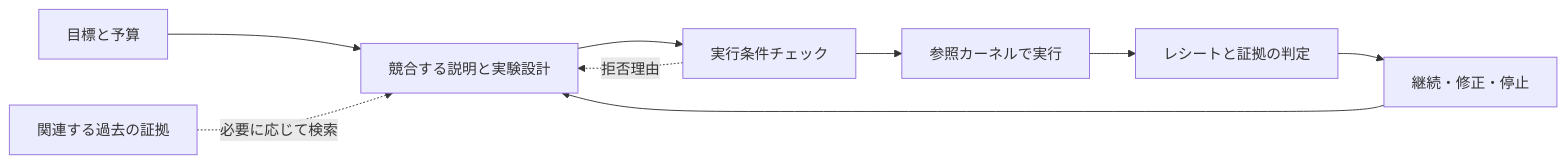
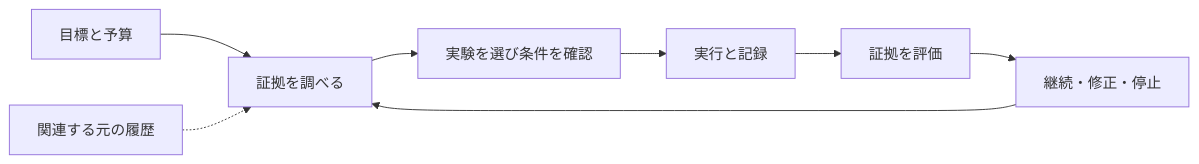
Before and after one commit to kongtou20070406/RDS: the diagram in README.ja-JP.md, drawn with Mermaid. The commit also changed other lines of this file and 61 other files, not shown here.

````diff
--- a/README.ja-JP.md
+++ b/README.ja-JP.md
@@ -167,11 +130,10 @@
 ```mermaid
 flowchart LR
-    A[目標と予算] --> B[競合する説明と実験設計]
-    H[関連する過去の証拠] -. 必要に応じて検索 .-> B
-    B --> C[実行条件チェック]
-    C --> D[参照カーネルで実行]
-    D --> E[レシートと証拠の判定]
+    A[目標と予算] --> B[証拠を調べる]
+    B --> C[実験を選び条件を確認]
+    C --> D[実行と記録]
+    D --> E[証拠を評価]
     E --> F[継続・修正・停止]
     F --> B
-    C -. 拒否理由 .-> B
+    H[関連する元の履歴] -.-> B
 ```
````
